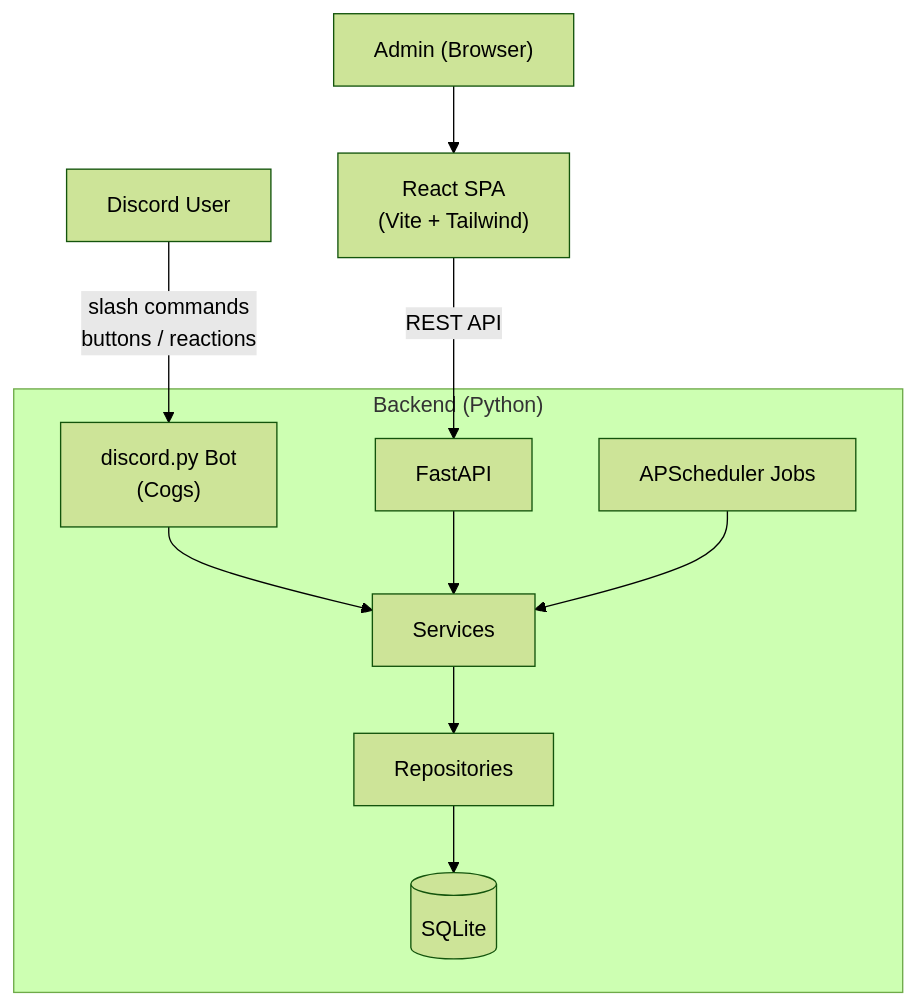
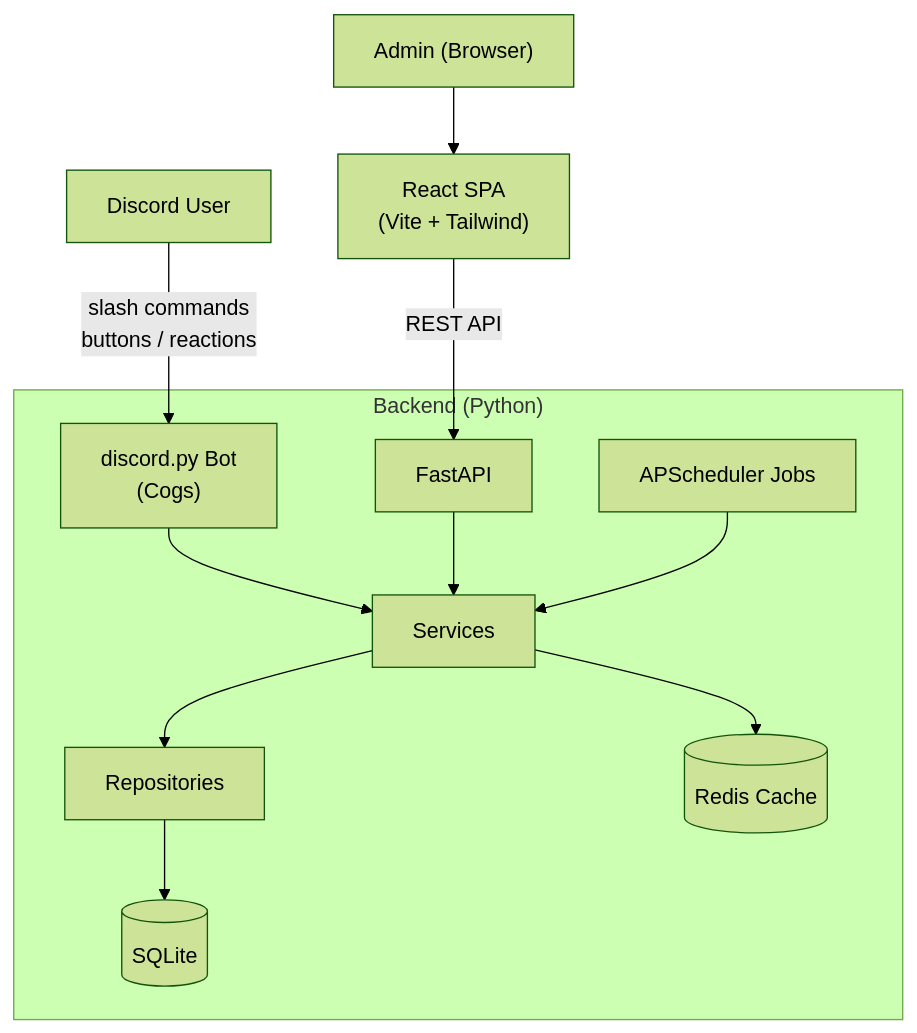
The diagram in README.md (brentonmdunn/rides-coordinator-bot), drawn with Mermaid (forest theme) before and after one commit.

Commit message:
docs: add redis cache to architecture diagram

````diff
--- a/README.md
+++ b/README.md
@@ -20,26 +20,28 @@
 ```mermaid
 graph TD
     User["Discord User"]
     Browser["Admin (Browser)"]
 
     subgraph Backend["Backend (Python)"]
         Bot["discord.py Bot\n(Cogs)"]
         API["FastAPI"]
         Services["Services"]
         Repos["Repositories"]
         Jobs["APScheduler Jobs"]
         DB[("SQLite")]
+        Cache[("Redis Cache")]
     end
 
     Frontend["React SPA\n(Vite + Tailwind)"]
 
     User -- "slash commands\nbuttons / reactions" --> Bot
     Browser --> Frontend
     Frontend -- "REST API" --> API
 
     Bot --> Services
     API --> Services
     Services --> Repos
     Repos --> DB
+    Services --> Cache
     Jobs --> Services
 ```
````
